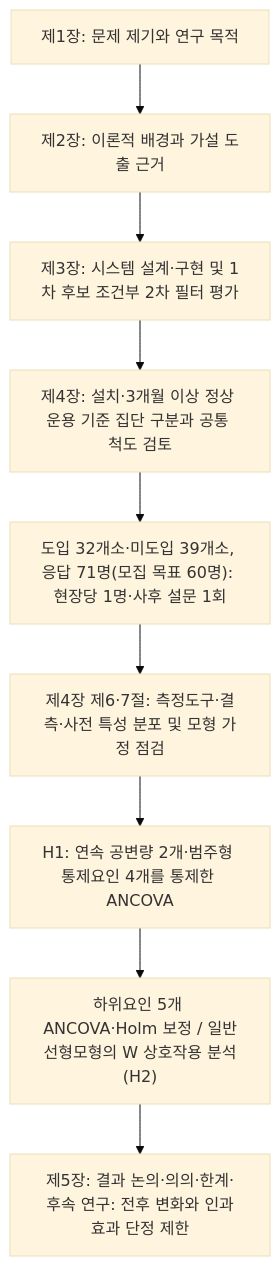
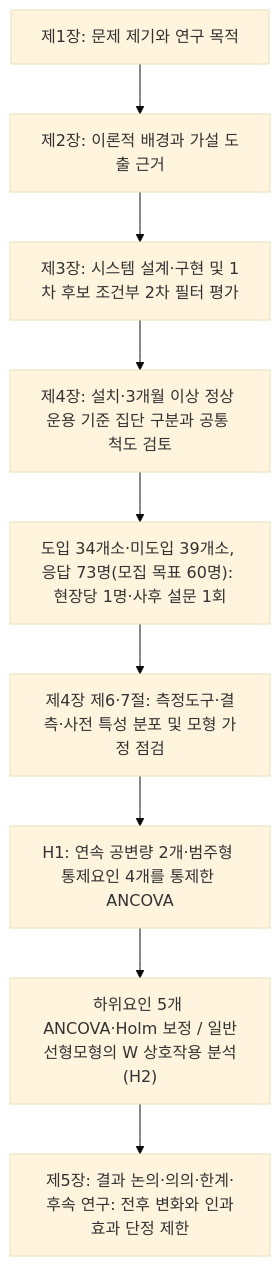
One commit to yoonhyuk12/ggthesis changed the diagram in 01.docs/01_서론.md. Above: the diagram before and after it, drawn with Mermaid (base theme). The commit also changed other lines of this file and 21 other files, not shown here.

````diff
--- a/01.docs/01_서론.md
+++ b/01.docs/01_서론.md
@@ -75,11 +75,11 @@
 ```mermaid
 flowchart TD
   A1["제1장: 문제 제기와 연구 목적"] --> A2["제2장: 이론적 배경과 가설 도출 근거"]
   A2 --> B["제3장: 시스템 설계·구현 및 1차 후보 조건부 2차 필터 평가"]
   B --> C["제4장: 설치·3개월 이상 정상 운용 기준 집단 구분과 공통 척도 검토"]
-  C --> D["도입 32개소·미도입 39개소, 응답 71명(모집 목표 60명): 현장당 1명·사후 설문 1회"]
+  C --> D["도입 34개소·미도입 39개소, 응답 73명(모집 목표 60명): 현장당 1명·사후 설문 1회"]
   D --> E["제4장 제6·7절: 측정도구·결측·사전 특성 분포 및 모형 가정 점검"]
   E --> F["H1: 연속 공변량 2개·범주형 통제요인 4개를 통제한 ANCOVA"]
   F --> G["하위요인 5개 ANCOVA·Holm 보정 / 일반선형모형의 W 상호작용 분석(H2)"]
   G --> H["제5장: 결과 논의·의의·한계·후속 연구: 전후 변화와 인과효과 단정 제한"]
 ```
````
